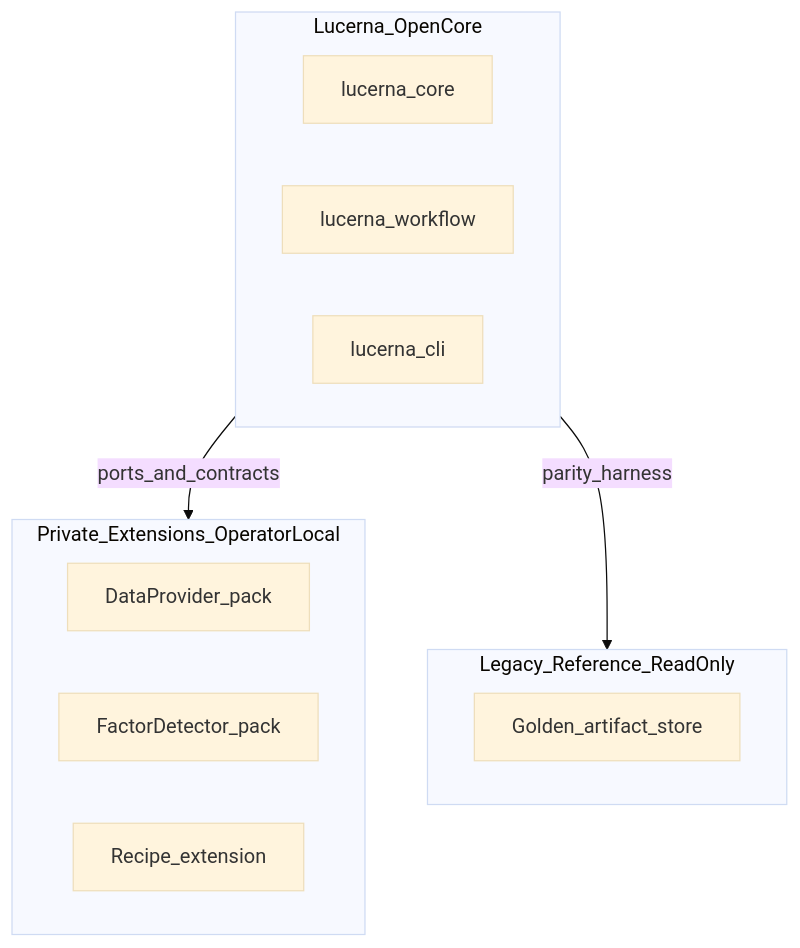
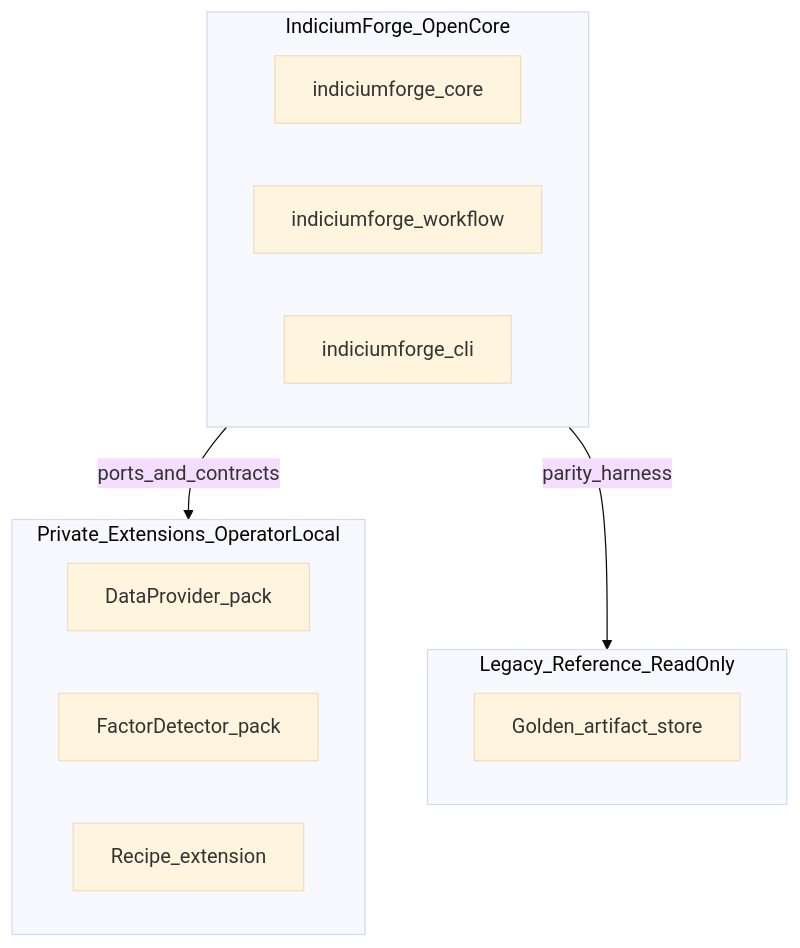
One commit to Cavaradossi/indiciumforge changed the first of 3 diagrams in README.md. Above: the diagram before and after it, drawn with Mermaid (base theme). The commit also changed other lines of this file and 321 other files, not shown here.

First line of the commit message:
feat: rebrand Lucerna to IndiciumForge (v2.0.0)

````diff
--- a/README.md
+++ b/README.md
@@ -54,18 +54,18 @@
 ```mermaid
 flowchart TB
-  subgraph openCore [Lucerna_OpenCore]
-    Core[lucerna_core]
-    Workflow[lucerna_workflow]
-    CLI[lucerna_cli]
+  subgraph openCore [IndiciumForge_OpenCore]
+    Core[indiciumforge_core]
+    Workflow[indiciumforge_workflow]
+    CLI[indiciumforge_cli]
   end
   subgraph privateExt [Private_Extensions_OperatorLocal]
     DataPack[DataProvider_pack]
     FactorPack[FactorDetector_pack]
     RecipePack[Recipe_extension]
   end
   subgraph legacyRef [Legacy_Reference_ReadOnly]
     GoldenStore[Golden_artifact_store]
   end
   openCore -->|"ports_and_contracts"| privateExt
   openCore -->|"parity_harness"| legacyRef
 ```
````
